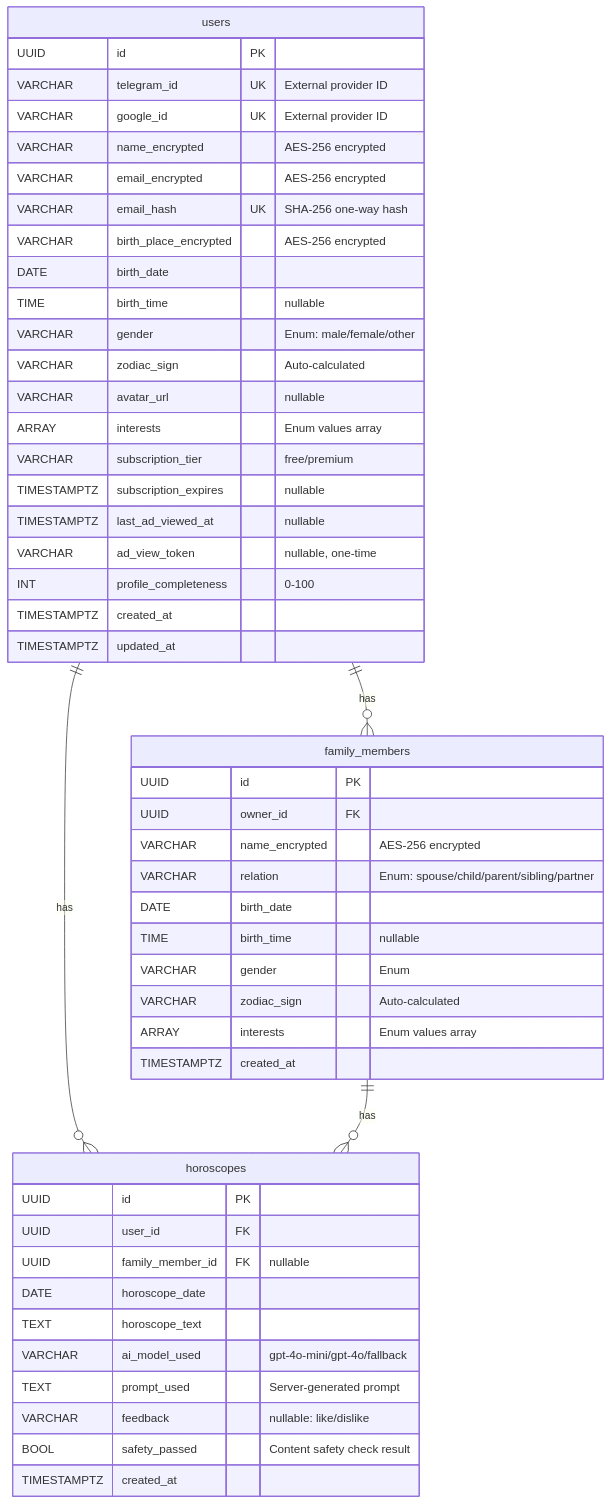
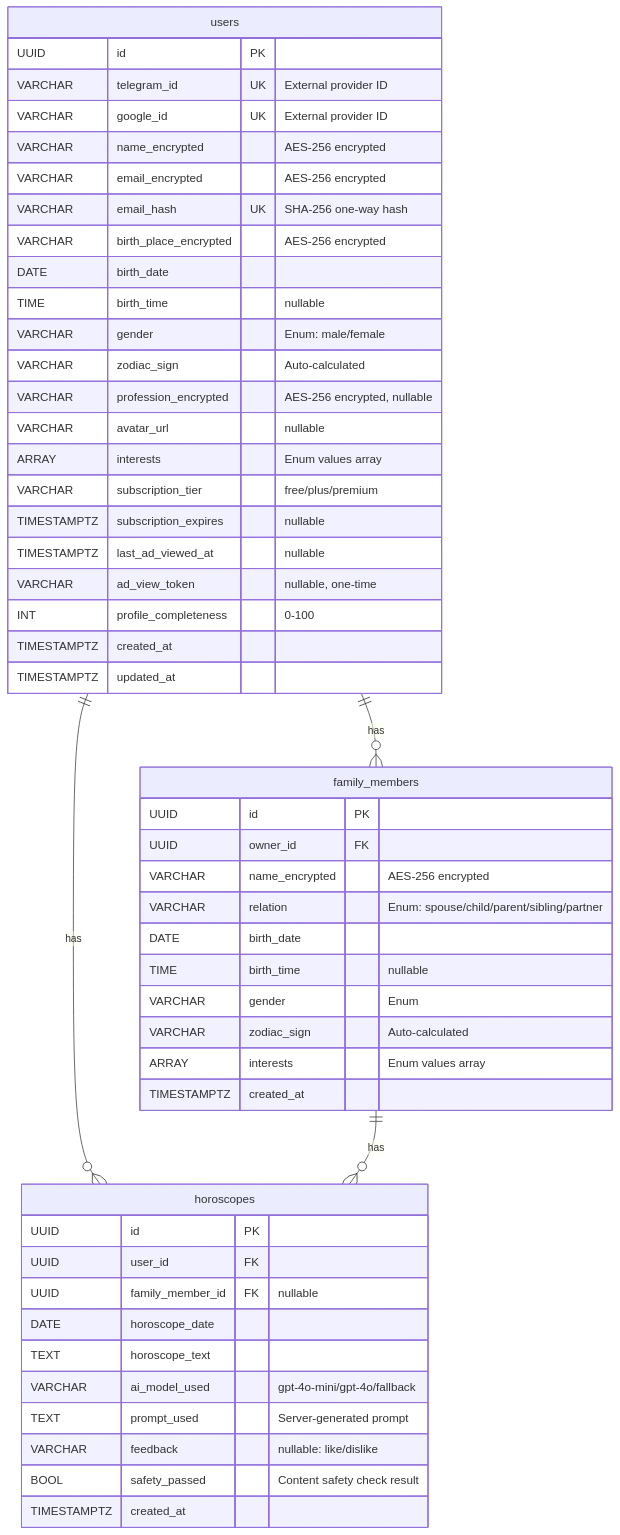
Before and after one commit to S1ayerNN/Sl2: the second of 8 diagrams in docs/SYSTEM-DOCUMENTATION.md, drawn with Mermaid. The commit also changed other lines of this file and 2 other files, not shown here.

````diff
--- a/docs/SYSTEM-DOCUMENTATION.md
+++ b/docs/SYSTEM-DOCUMENTATION.md
@@ -141,55 +143,56 @@
 ```mermaid
 erDiagram
     users {
         UUID id PK
         VARCHAR telegram_id UK "External provider ID"
         VARCHAR google_id UK "External provider ID"
         VARCHAR name_encrypted "AES-256 encrypted"
         VARCHAR email_encrypted "AES-256 encrypted"
         VARCHAR email_hash UK "SHA-256 one-way hash"
         VARCHAR birth_place_encrypted "AES-256 encrypted"
         DATE birth_date
         TIME birth_time "nullable"
-        VARCHAR gender "Enum: male/female/other"
+        VARCHAR gender "Enum: male/female"
         VARCHAR zodiac_sign "Auto-calculated"
+        VARCHAR profession_encrypted "AES-256 encrypted, nullable"
         VARCHAR avatar_url "nullable"
         ARRAY interests "Enum values array"
-        VARCHAR subscription_tier "free/premium"
+        VARCHAR subscription_tier "free/plus/premium"
         TIMESTAMPTZ subscription_expires "nullable"
         TIMESTAMPTZ last_ad_viewed_at "nullable"
         VARCHAR ad_view_token "nullable, one-time"
         INT profile_completeness "0-100"
         TIMESTAMPTZ created_at
         TIMESTAMPTZ updated_at
     }
 
     family_members {
         UUID id PK
         UUID owner_id FK
         VARCHAR name_encrypted "AES-256 encrypted"
         VARCHAR relation "Enum: spouse/child/parent/sibling/partner"
         DATE birth_date
         TIME birth_time "nullable"
         VARCHAR gender "Enum"
         VARCHAR zodiac_sign "Auto-calculated"
         ARRAY interests "Enum values array"
         TIMESTAMPTZ created_at
     }
 
     horoscopes {
         UUID id PK
         UUID user_id FK
         UUID family_member_id FK "nullable"
         DATE horoscope_date
         TEXT horoscope_text
         VARCHAR ai_model_used "gpt-4o-mini/gpt-4o/fallback"
         TEXT prompt_used "Server-generated prompt"
         VARCHAR feedback "nullable: like/dislike"
         BOOL safety_passed "Content safety check result"
         TIMESTAMPTZ created_at
     }
 
     users ||--o{ family_members : "has"
     users ||--o{ horoscopes : "has"
     family_members ||--o{ horoscopes : "has"
 ```
````
